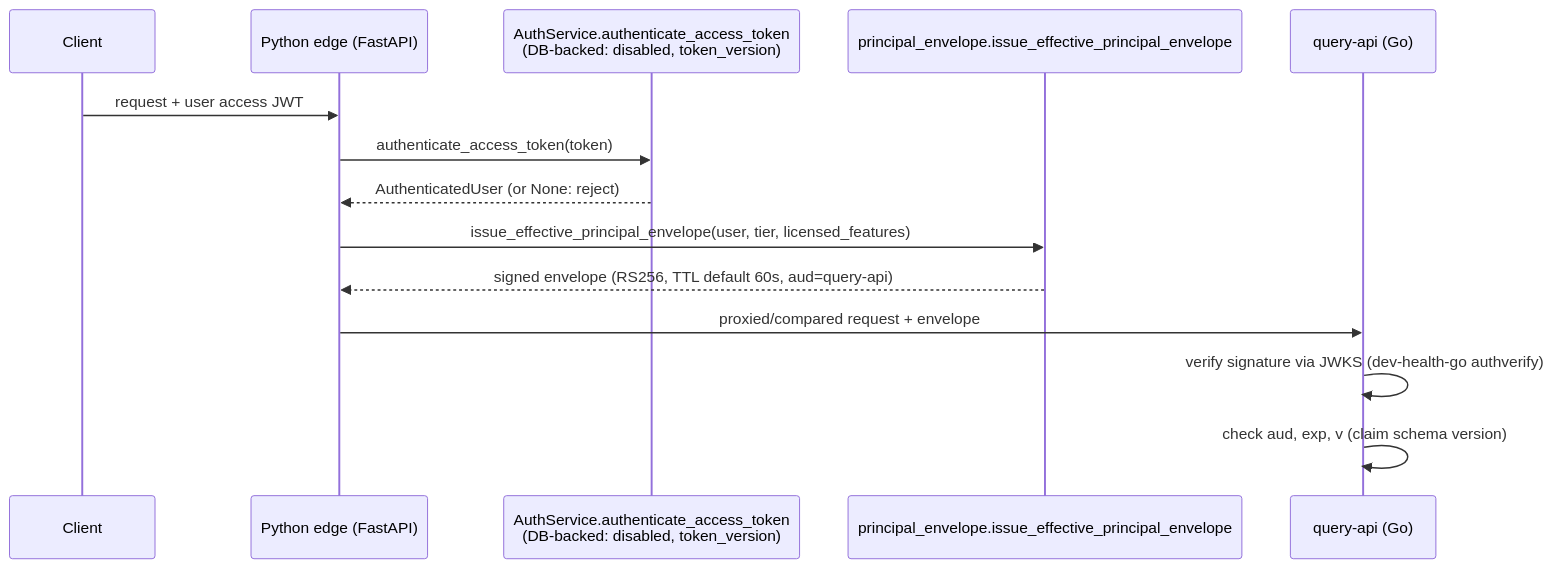
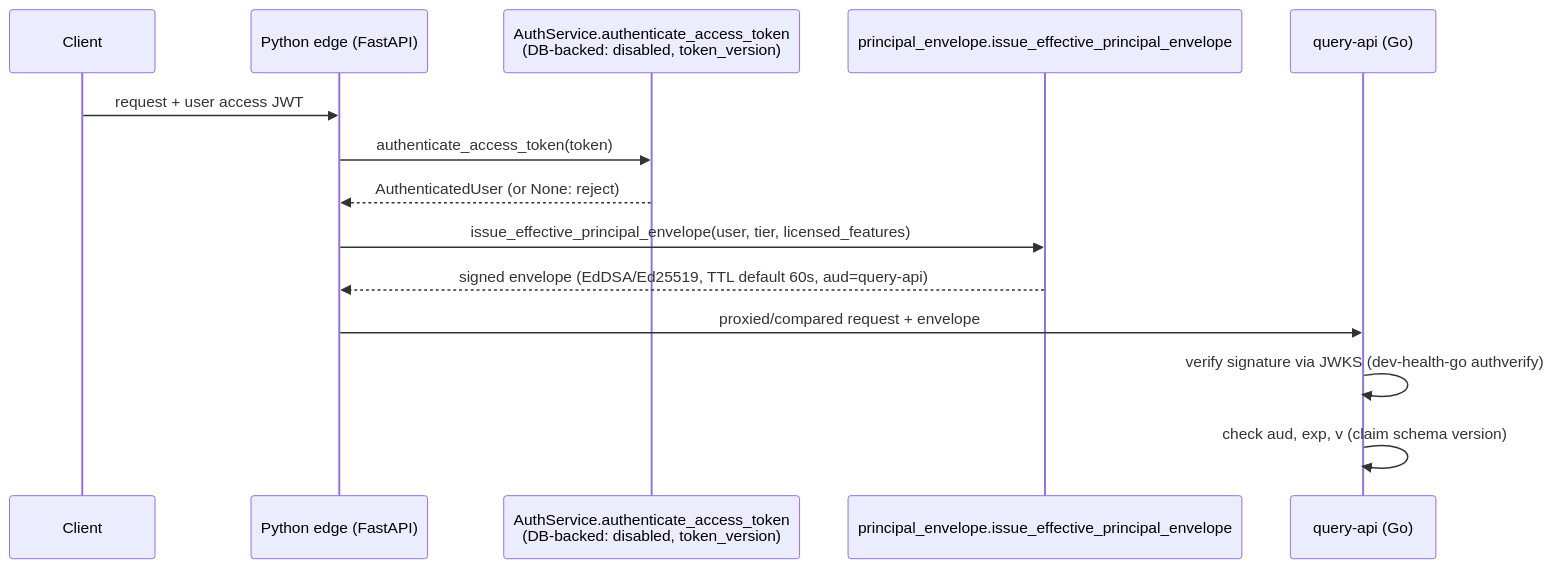
One commit to full-chaos/dev-health-ops changed the first of 2 diagrams in docs/contribute/architecture/go-api-wave-0-proof-infrastructure.md. Above: the diagram before and after it, drawn with Mermaid. The commit also changed other lines of this file and 2 other files, not shown here.

First line of the commit message:
Switch effective-principal envelope signing to Ed25519/EdDSA

````diff
--- a/docs/contribute/architecture/go-api-wave-0-proof-infrastructure.md
+++ b/docs/contribute/architecture/go-api-wave-0-proof-infrastructure.md
@@ -37,17 +37,17 @@
 ```mermaid
 sequenceDiagram
     participant Client
     participant Edge as Python edge (FastAPI)
     participant Auth as AuthService.authenticate_access_token<br/>(DB-backed: disabled, token_version)
     participant Envelope as principal_envelope.issue_effective_principal_envelope
     participant QueryAPI as query-api (Go)
 
     Client->>Edge: request + user access JWT
     Edge->>Auth: authenticate_access_token(token)
     Auth-->>Edge: AuthenticatedUser (or None: reject)
     Edge->>Envelope: issue_effective_principal_envelope(user, tier, licensed_features)
-    Envelope-->>Edge: signed envelope (RS256, TTL default 60s, aud=query-api)
+    Envelope-->>Edge: signed envelope (EdDSA/Ed25519, TTL default 60s, aud=query-api)
     Edge->>QueryAPI: proxied/compared request + envelope
     QueryAPI->>QueryAPI: verify signature via JWKS (dev-health-go authverify)
     QueryAPI->>QueryAPI: check aud, exp, v (claim schema version)
 ```
````
